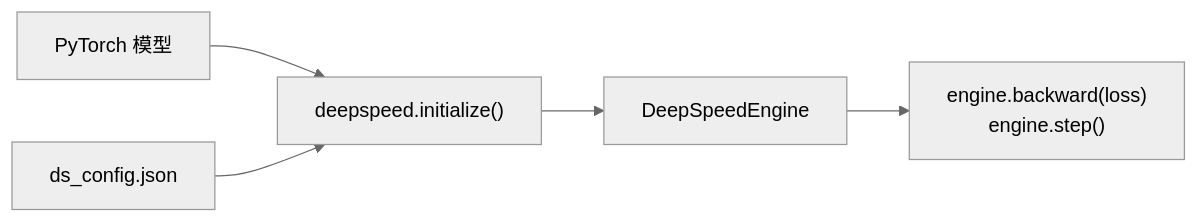
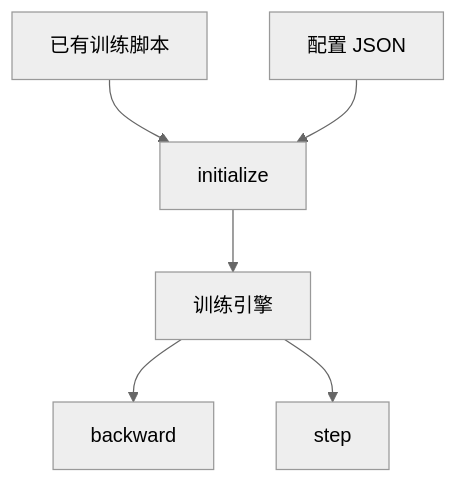
One commit to ChaoyuWang04/MockInterview changed the diagram in knowledge/04-Infra/02-框架与引擎/DeepSpeed.md. Above: the diagram before and after it, drawn with Mermaid (neutral theme). The commit also changed other lines of this file and 12 other files, not shown here.

````diff
--- a/knowledge/04-Infra/02-框架与引擎/DeepSpeed.md
+++ b/knowledge/04-Infra/02-框架与引擎/DeepSpeed.md
@@ -63,7 +14,8 @@
 ```mermaid
-flowchart LR
-    A[PyTorch 模型] --> C["deepspeed.initialize()"]
-    B[ds_config.json] --> C
-    C --> D[DeepSpeedEngine]
-    D --> E["engine.backward(loss)<br/>engine.step()"]
+flowchart TD
+    A["已有训练脚本"] --> C["initialize"]
+    B["配置 JSON"] --> C
+    C --> D["训练引擎"]
+    D --> E["backward"]
+    D --> F["step"]
 ```
````
